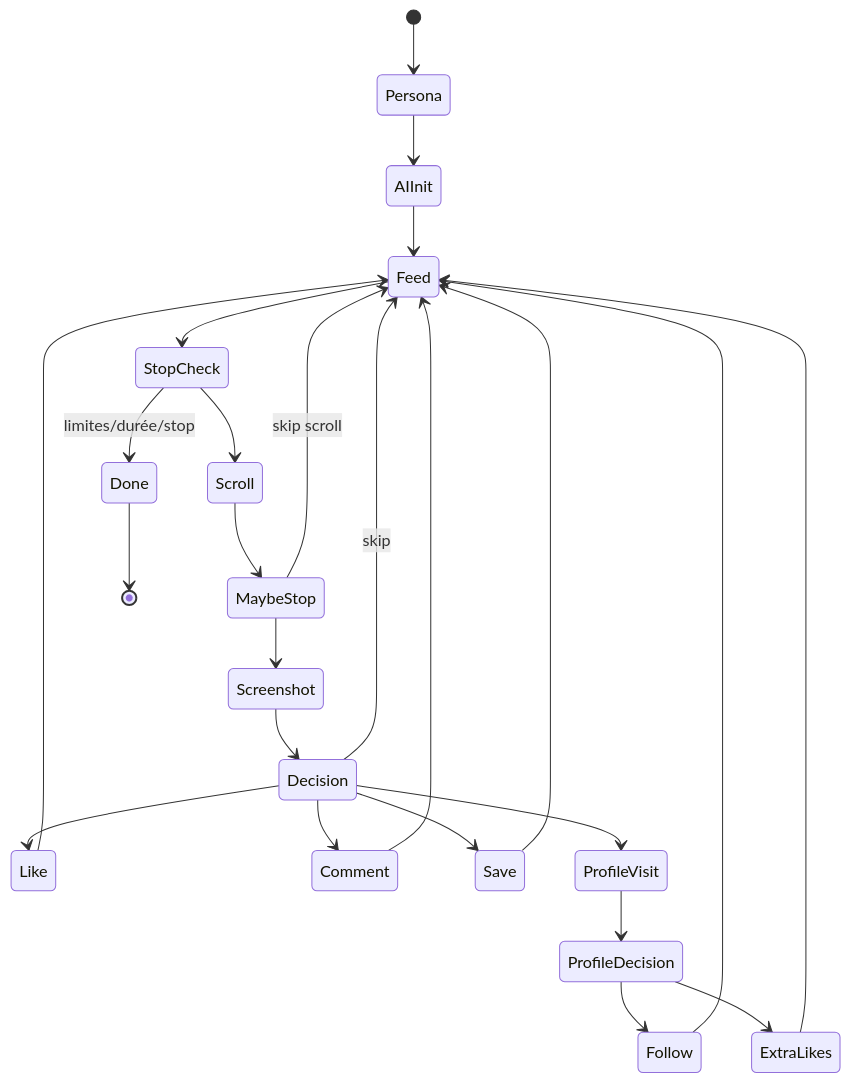
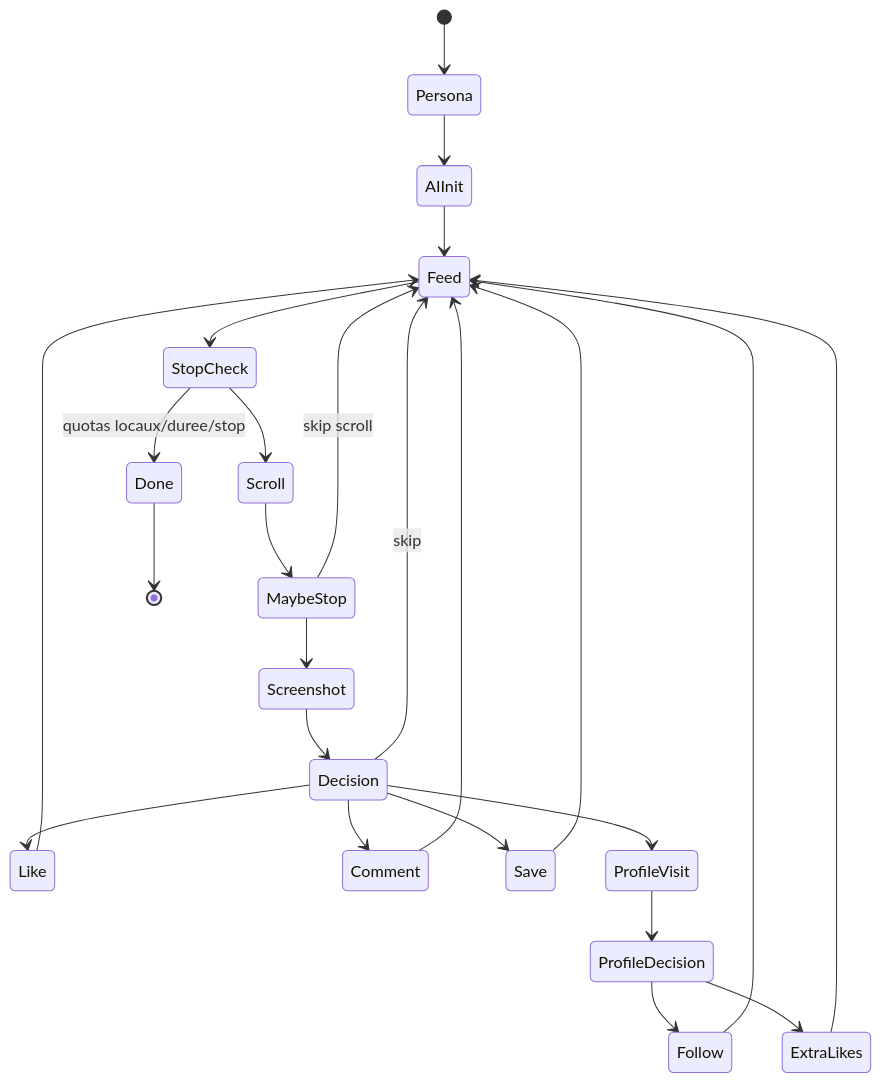
One commit to masterFuf/taktik-bot changed the second of 3 diagrams in docs/core/agent-ai.md. Above: the diagram before and after it, drawn with Mermaid. The commit also changed other lines of this file and 3 other files, not shown here.

````diff
--- a/docs/core/agent-ai.md
+++ b/docs/core/agent-ai.md
@@ -112,27 +112,27 @@
 ```mermaid
 stateDiagram-v2
     [*] --> Persona
     Persona --> AIInit
     AIInit --> Feed
     Feed --> StopCheck
-    StopCheck --> Done: limites/durée/stop
+    StopCheck --> Done: quotas locaux/duree/stop
     StopCheck --> Scroll
     Scroll --> MaybeStop
     MaybeStop --> Feed: skip scroll
     MaybeStop --> Screenshot
     Screenshot --> Decision
     Decision --> Like
     Decision --> Comment
     Decision --> Save
     Decision --> ProfileVisit
     Decision --> Feed: skip
     ProfileVisit --> ProfileDecision
     ProfileDecision --> Follow
     ProfileDecision --> ExtraLikes
     Follow --> Feed
     ExtraLikes --> Feed
     Like --> Feed
     Comment --> Feed
     Save --> Feed
     Done --> [*]
 ```
````
